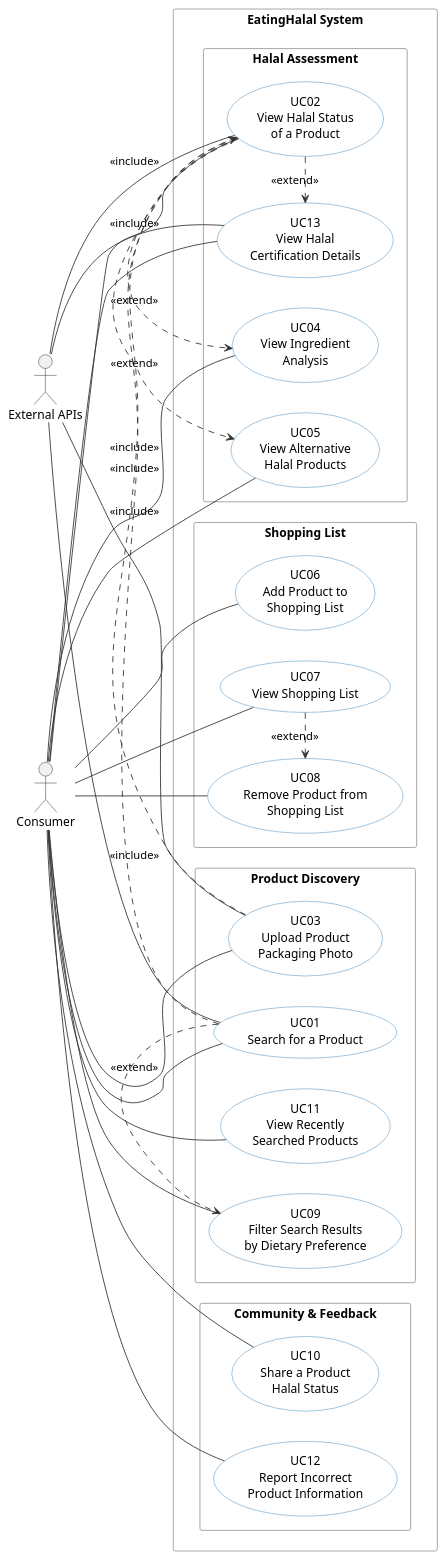
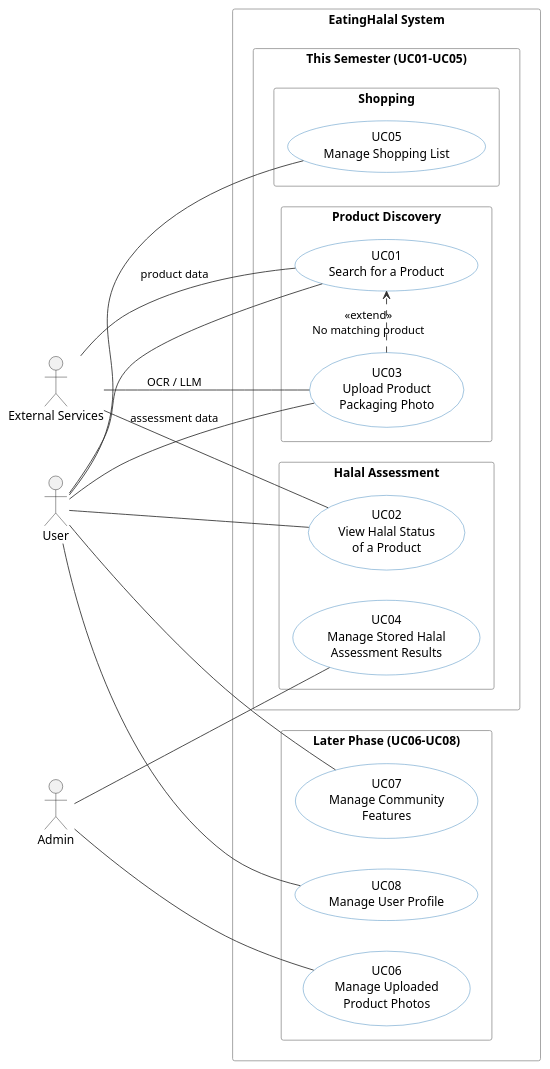
The diagram in docs/EatingHalal_UseCases.puml (tameemraihan/EatingHalal), drawn with PlantUML before and after one commit. The commit also changed 15 other files, not shown here.

```diff
--- a/docs/EatingHalal_UseCases.puml
+++ b/docs/EatingHalal_UseCases.puml
@@ -1,82 +1,70 @@
 @startuml EatingHalal_UseCases
 
 left to right direction
 skinparam packageStyle rectangle
 skinparam usecase {
   BackgroundColor White
   BorderColor #2C7BB6
   ArrowColor #333333
   ActorBackgroundColor White
   ActorBorderColor #2C7BB6
 }
 skinparam package {
   BorderColor #555555
   FontStyle bold
 }
 skinparam rectangle {
   BorderColor #999999
 }
 
-actor "Consumer" as Consumer
-actor "External APIs" as APIs
+actor "User" as User
+actor "Admin" as Admin
+actor "External Services" as Services
 
 rectangle "EatingHalal System" {
 
-  package "Product Discovery" {
-    usecase "UC01\nSearch for a Product" as UC01
-    usecase "UC09\nFilter Search Results\nby Dietary Preference" as UC09
-    usecase "UC11\nView Recently\nSearched Products" as UC11
-    usecase "UC03\nUpload Product\nPackaging Photo" as UC03
+  package "This Semester (UC01–UC05)" {
+    package "Product Discovery" {
+      usecase "UC01\nSearch for a Product" as UC01
+      usecase "UC03\nUpload Product\nPackaging Photo" as UC03
+    }
+
+    package "Halal Assessment" {
+      usecase "UC02\nView Halal Status\nof a Product" as UC02
+      usecase "UC04\nManage Stored Halal\nAssessment Results" as UC04
+    }
+
+    package "Shopping" {
+      usecase "UC05\nManage Shopping List" as UC05
+    }
   }
 
-  package "Halal Assessment" {
-    usecase "UC02\nView Halal Status\nof a Product" as UC02
-    usecase "UC04\nView Ingredient\nAnalysis" as UC04
-    usecase "UC05\nView Alternative\nHalal Products" as UC05
-    usecase "UC13\nView Halal\nCertification Details" as UC13
-  }
-
-  package "Shopping List" {
-    usecase "UC06\nAdd Product to\nShopping List" as UC06
-    usecase "UC07\nView Shopping List" as UC07
-    usecase "UC08\nRemove Product from\nShopping List" as UC08
-  }
-
-  package "Community & Feedback" {
-    usecase "UC10\nShare a Product\nHalal Status" as UC10
-    usecase "UC12\nReport Incorrect\nProduct Information" as UC12
+  package "Later Phase (UC06–UC08)" {
+    usecase "UC06\nManage Uploaded\nProduct Photos" as UC06
+    usecase "UC07\nManage Community\nFeatures" as UC07
+    usecase "UC08\nManage User Profile" as UC08
   }
 
 }
 
-' --- Consumer associations ---
-Consumer -- UC01
-Consumer -- UC02
-Consumer -- UC03
-Consumer -- UC04
-Consumer -- UC05
-Consumer -- UC06
-Consumer -- UC07
-Consumer -- UC08
-Consumer -- UC09
-Consumer -- UC10
-Consumer -- UC11
-Consumer -- UC12
-Consumer -- UC13
+' --- User associations ---
+User -- UC01
+User -- UC02
+User -- UC03
+User -- UC05
+User -- UC07
+User -- UC08
 
-' --- External API associations ---
-APIs -- UC01 : <<include>>
-APIs -- UC02 : <<include>>
-APIs -- UC03 : <<include>>
-APIs -- UC13 : <<include>>
+' --- Admin associations ---
+Admin -- UC04
+Admin -- UC06
 
-' --- Include relationships ---
-UC01 .> UC02 : <<include>>
-UC02 .> UC04 : <<extend>>
-UC02 .> UC05 : <<extend>>
-UC02 .> UC13 : <<extend>>
-UC03 .> UC02 : <<include>>
-UC07 .> UC08 : <<extend>>
-UC01 .> UC09 : <<extend>>
+' --- External-service associations ---
+Services -- UC01 : product data
+Services -- UC02 : assessment data
+Services -- UC03 : OCR / LLM
+
+' --- Use-case relationships ---
+UC03 .> UC01 : <<extend>>\nNo matching product
 
 @enduml
```
